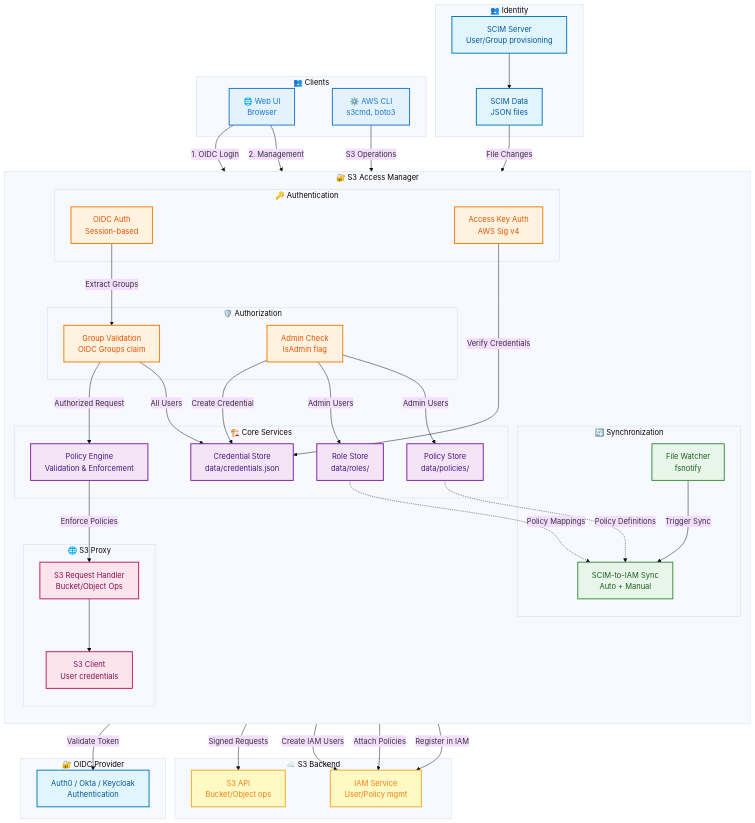
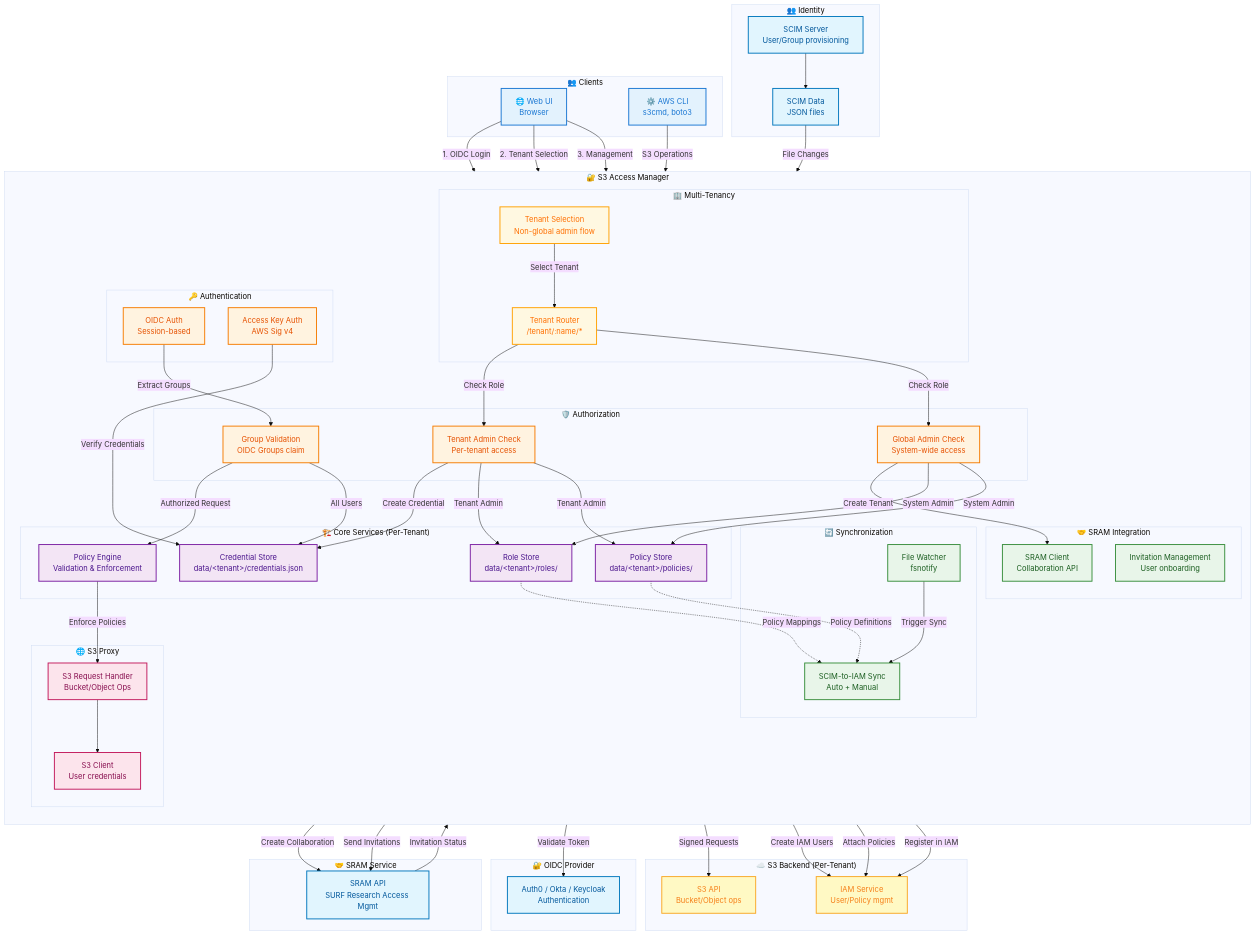
Before and after one commit to HarryKodden/S3-Access-Manager: the diagram in README.md, drawn with Mermaid (base theme). The commit also changed other lines of this file and 38 other files, not shown here.

````diff
--- a/README.md
+++ b/README.md
@@ -33,6 +36,7 @@
     classDef proxyClass fill:#fce4ec,stroke:#c2185b,stroke-width:2px,color:#880e4f
     classDef backendClass fill:#fff9c4,stroke:#f9a825,stroke-width:2px,color:#f57f17
     classDef oidcClass fill:#e1f5fe,stroke:#0277bd,stroke-width:2px,color:#01579b
+    classDef tenantClass fill:#fff8e1,stroke:#ffa000,stroke-width:2px,color:#ff6f00
 
     %% Clients
     subgraph "👥 Clients"
@@ -50,15 +54,26 @@
         end
 
         subgraph "🛡️ Authorization"
-            AdminCheck["Admin Check<br/>IsAdmin flag"]
+            GlobalAdmin["Global Admin Check<br/>System-wide access"]
+            TenantAdmin["Tenant Admin Check<br/>Per-tenant access"]
             GroupCheck["Group Validation<br/>OIDC Groups claim"]
         end
 
-        subgraph "🏗️ Core Services"
+        subgraph "🏢 Multi-Tenancy"
+            TenantRouter["Tenant Router<br/>/tenant/:name/*"]
+            TenantSelection["Tenant Selection<br/>Non-global admin flow"]
+        end
+
+        subgraph "🏗️ Core Services (Per-Tenant)"
             PolicyEngine["Policy Engine<br/>Validation & Enforcement"]
-            CredStore["Credential Store<br/>data/credentials.json"]
-            PolicyStore["Policy Store<br/>data/policies/"]
-            RoleStore["Role Store<br/>data/roles/"]
+            CredStore["Credential Store<br/>data/&lt;tenant&gt;/credentials.json"]
+            PolicyStore["Policy Store<br/>data/&lt;tenant&gt;/policies/"]
+            RoleStore["Role Store<br/>data/&lt;tenant&gt;/roles/"]
+        end
+
+        subgraph "🤝 SRAM Integration"
+            SRAMClient["SRAM Client<br/>Collaboration API"]
+            InvitationMgmt["Invitation Management<br/>User onboarding"]
         end
 
         subgraph "🔄 Synchronization"
@@ -78,7 +93,7 @@
         SCIMData["SCIM Data<br/>JSON files"]
     end
 
-    subgraph "☁️ S3 Backend"
+    subgraph "☁️ S3 Backend (Per-Tenant)"
         S3API["S3 API<br/>Bucket/Object ops"]
         IAM["IAM Service<br/>User/Policy mgmt"]
     end
@@ -87,19 +102,38 @@
         AuthProvider["Auth0 / Okta / Keycloak<br/>Authentication"]
     end
 
-    %% Connections
+    subgraph "🤝 SRAM Service"
+        SRAMApi["SRAM API<br/>SURF Research Access Mgmt"]
+    end
+
+    %% Connections - Authentication Flow
     WebUI -->|"1. OIDC Login"| OIDC
-    WebUI -->|"2. Management"| AdminCheck
+    WebUI -->|"2. Tenant Selection"| TenantSelection
+    WebUI -->|"3. Management"| TenantRouter
     AWSCLI -->|"S3 Operations"| AccessKey
 
     OIDC -->|"Validate Token"| AuthProvider
     OIDC -->|"Extract Groups"| GroupCheck
+    TenantSelection -->|"Select Tenant"| TenantRouter
+    
+    %% Authorization Flow
+    TenantRouter -->|"Check Role"| GlobalAdmin
+    TenantRouter -->|"Check Role"| TenantAdmin
+    GlobalAdmin -->|"System Admin"| PolicyStore
+    GlobalAdmin -->|"System Admin"| RoleStore
+    TenantAdmin -->|"Tenant Admin"| PolicyStore
+    TenantAdmin -->|"Tenant Admin"| RoleStore
+    
     AccessKey -->|"Verify Credentials"| CredStore
-
-    AdminCheck -->|"Admin Users"| PolicyStore
-    AdminCheck -->|"Admin Users"| RoleStore
     GroupCheck -->|"All Users"| CredStore
 
+    %% SRAM Integration
+    GlobalAdmin -->|"Create Tenant"| SRAMClient
+    SRAMClient -->|"Create Collaboration"| SRAMApi
+    SRAMClient -->|"Send Invitations"| SRAMApi
+    SRAMApi -->|"Invitation Status"| InvitationMgmt
+
+    %% SCIM Sync Flow
     SCIM --> SCIMData
     SCIMData -->|"File Changes"| FileWatcher
     FileWatcher -->|"Trigger Sync"| SyncService
@@ -108,9 +142,11 @@
     RoleStore -.->|"Policy Mappings"| SyncService
     PolicyStore -.->|"Policy Definitions"| SyncService
 
-    AdminCheck -->|"Create Credential"| CredStore
+    %% Credential Management
+    TenantAdmin -->|"Create Credential"| CredStore
     CredStore -->|"Register in IAM"| IAM
 
+    %% S3 Operations Flow
     GroupCheck -->|"Authorized Request"| PolicyEngine
     PolicyEngine -->|"Enforce Policies"| S3Handler
     S3Handler --> S3Client
@@ -118,10 +154,13 @@
 
     %% Apply styles
     class WebUI,AWSCLI clientClass
-    class OIDC,AccessKey,AdminCheck,GroupCheck authClass
+    class OIDC,AccessKey authClass
+    class GlobalAdmin,TenantAdmin,GroupCheck authClass
+    class TenantRouter,TenantSelection tenantClass
     class PolicyEngine,CredStore,PolicyStore,RoleStore coreClass
+    class SRAMClient,InvitationMgmt syncClass
     class FileWatcher,SyncService syncClass
     class S3Handler,S3Client proxyClass
     class S3API,IAM backendClass
-    class SCIM,SCIMData,AuthProvider oidcClass
+    class SCIM,SCIMData,AuthProvider,SRAMApi oidcClass
 ```
````
